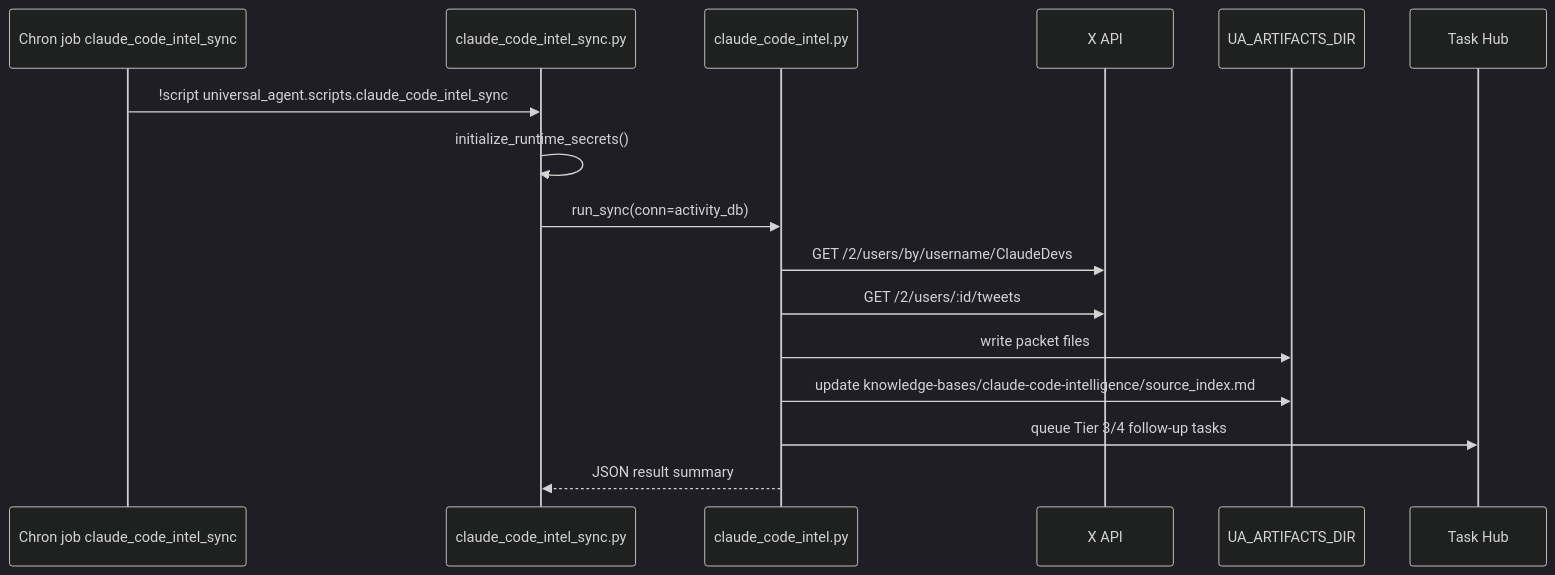
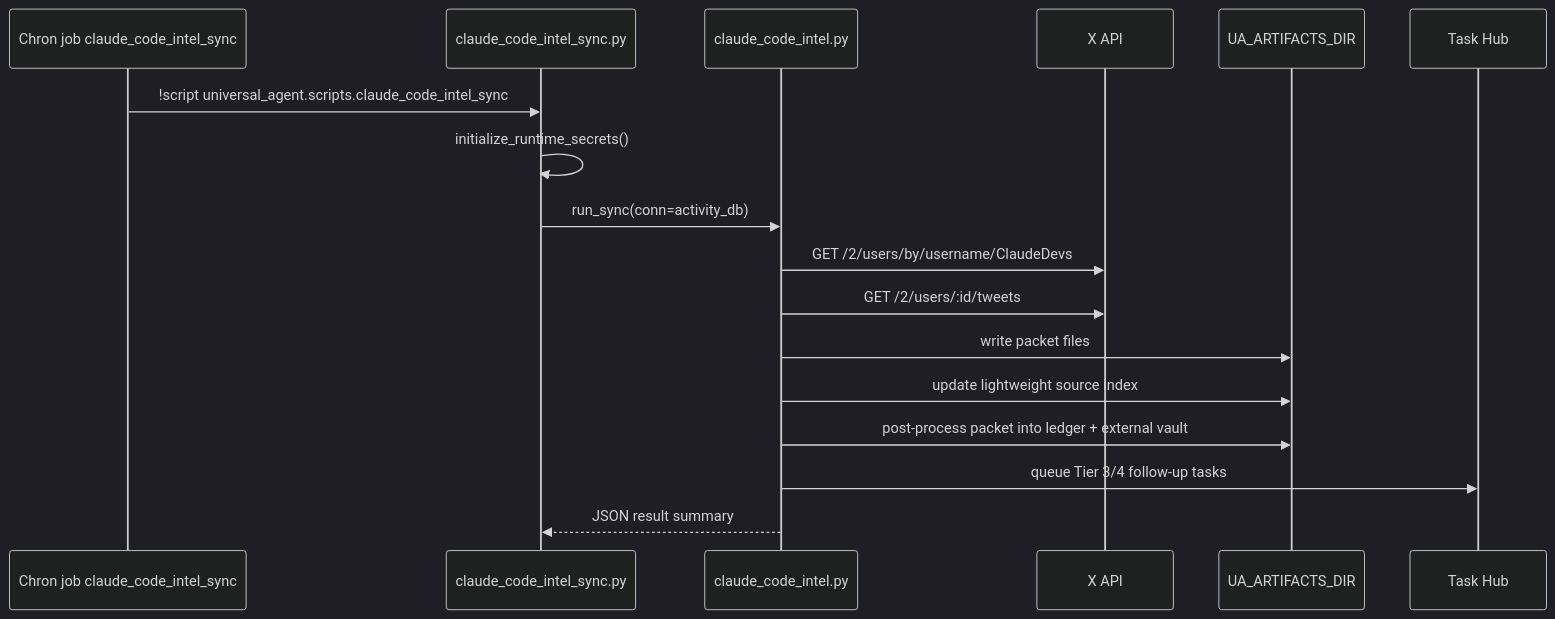
Before and after one commit to Kjdragan/universal_agent: the first of 3 diagrams in docs/03_Operations/118_X_API_And_Claude_Code_Intel_Source_Of_Truth_2026-04-19.md, drawn with Mermaid (dark theme). The commit also changed other lines of this file and 25 other files, not shown here.

````diff
--- a/docs/03_Operations/118_X_API_And_Claude_Code_Intel_Source_Of_Truth_2026-04-19.md
+++ b/docs/03_Operations/118_X_API_And_Claude_Code_Intel_Source_Of_Truth_2026-04-19.md
@@ -52,19 +59,20 @@
 ```mermaid
 sequenceDiagram
     participant Cron as Chron job claude_code_intel_sync
     participant Script as claude_code_intel_sync.py
     participant Service as claude_code_intel.py
     participant X as X API
     participant Artifacts as UA_ARTIFACTS_DIR
     participant Hub as Task Hub
 
     Cron->>Script: !script universal_agent.scripts.claude_code_intel_sync
     Script->>Script: initialize_runtime_secrets()
     Script->>Service: run_sync(conn=activity_db)
     Service->>X: GET /2/users/by/username/ClaudeDevs
     Service->>X: GET /2/users/:id/tweets
     Service->>Artifacts: write packet files
-    Service->>Artifacts: update knowledge-bases/claude-code-intelligence/source_index.md
+    Service->>Artifacts: update lightweight source index
+    Service->>Artifacts: post-process packet into ledger + external vault
     Service->>Hub: queue Tier 3/4 follow-up tasks
     Service-->>Script: JSON result summary
 ```
````
